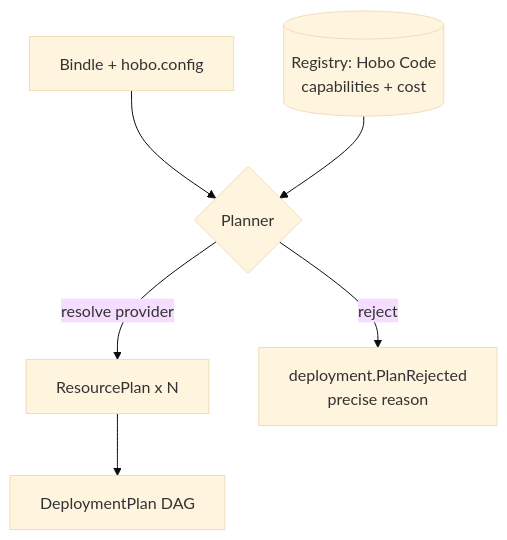
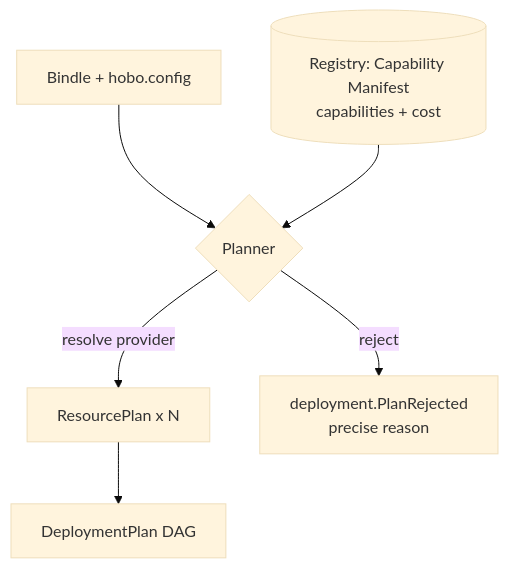
One commit to Tyler-R-Kendrick/HoBo changed the diagram in docs/design/03-providers-iac.md. Above: the diagram before and after it, drawn with Mermaid (base theme). The commit also changed other lines of this file and 70 other files, not shown here.

First line of the commit message:
docs(design): purge "worlds", rename Circuit→Junction, reserve "Hobo Code" for a DSL

````diff
--- a/docs/design/03-providers-iac.md
+++ b/docs/design/03-providers-iac.md
@@ -76,8 +76,8 @@
 ```mermaid
 flowchart TD
   B[Bindle + hobo.config] --> P{Planner}
-  R[(Registry: Hobo Code<br/>capabilities + cost)] --> P
+  R[(Registry: Capability Manifest<br/>capabilities + cost)] --> P
   P -->|resolve provider| RP[ResourcePlan x N]
   P -->|reject| X[deployment.PlanRejected<br/>precise reason]
   RP --> DAG[DeploymentPlan DAG]
 ```
````
